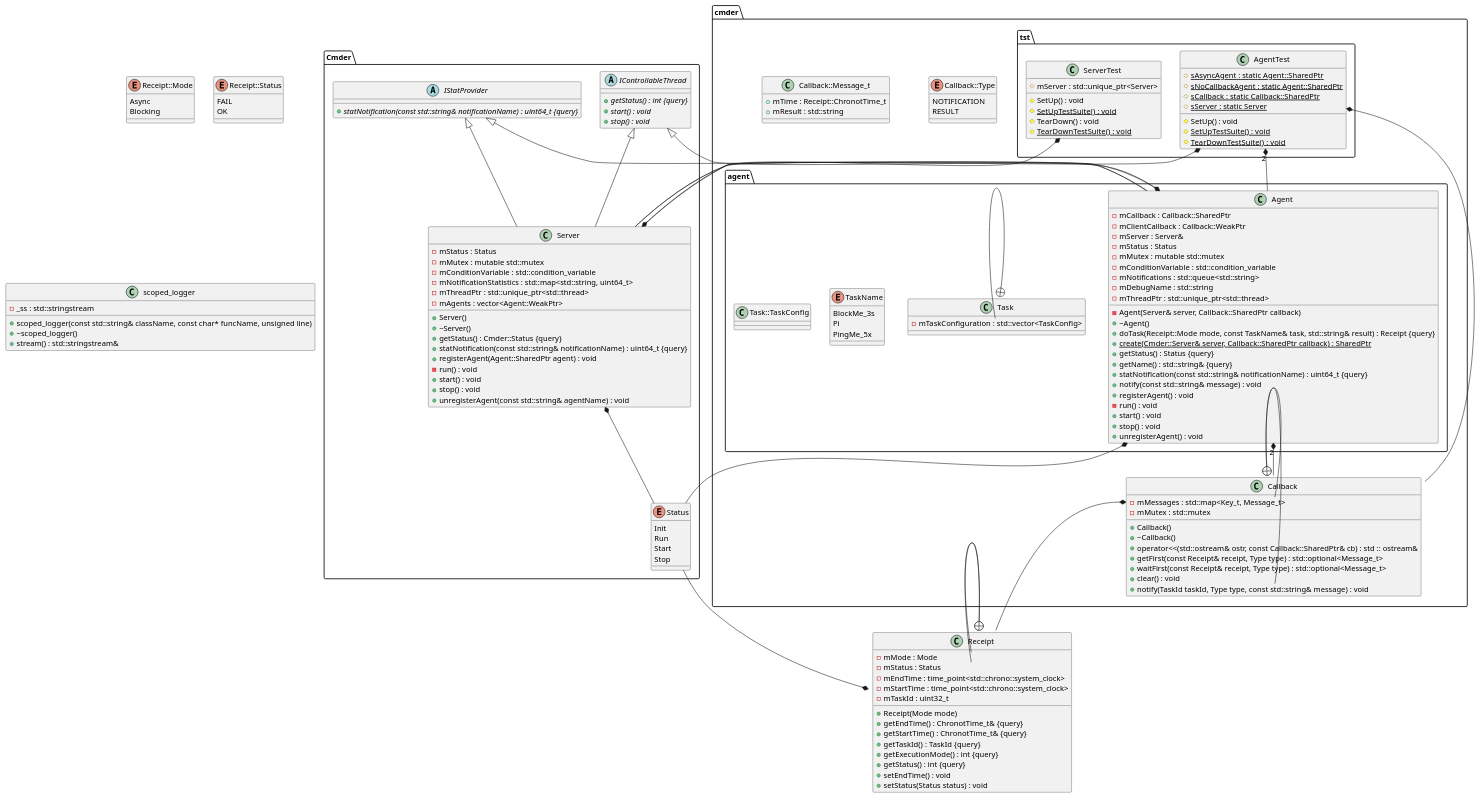
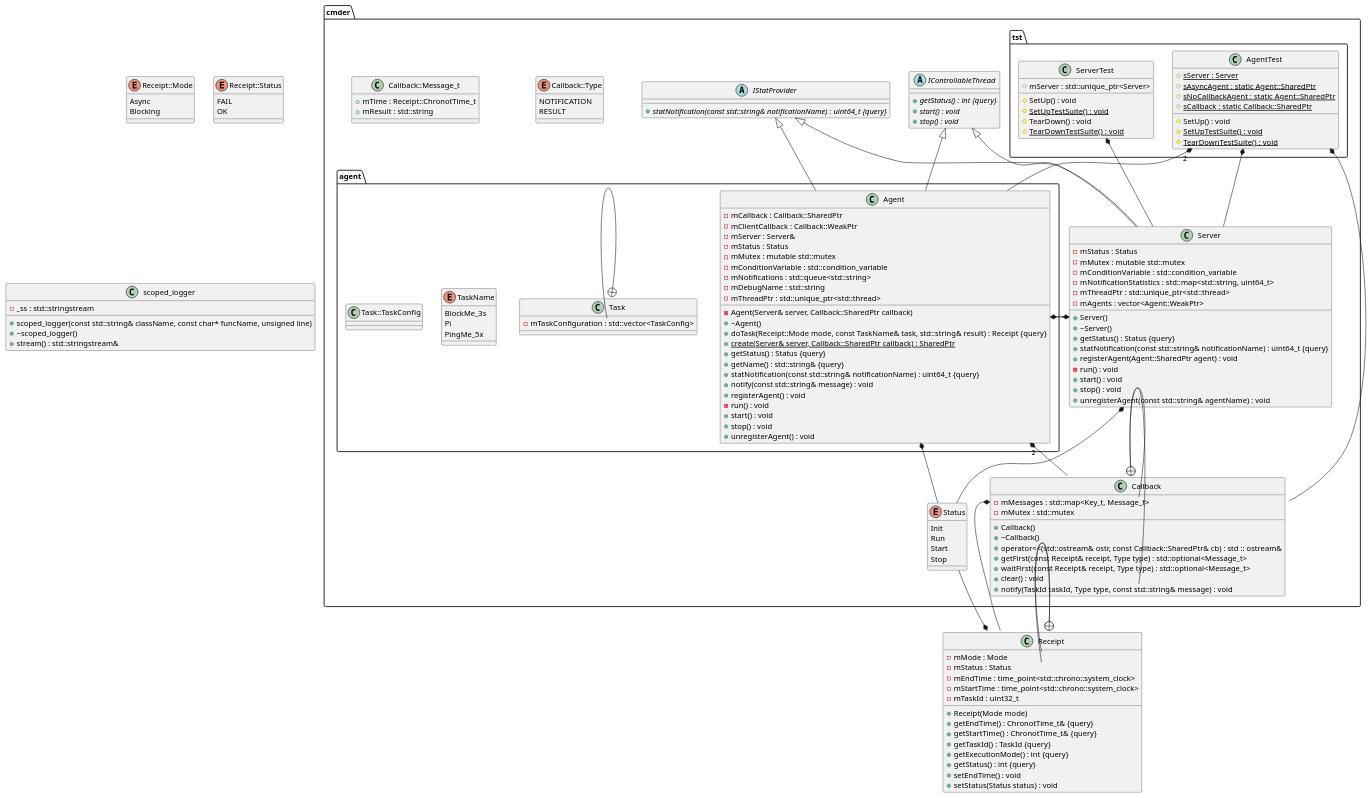
One commit to h6wk/Cmder changed the diagram in diagrams/classdiagram.puml. Above: the diagram before and after it, drawn with PlantUML. The commit also changed 14 other files, not shown here.

```diff
--- a/diagrams/classdiagram.puml
+++ b/diagrams/classdiagram.puml
@@ -56,9 +56,44 @@
 		+notify(TaskId taskId, Type type, const std::string& message) : void
 	}
 
+	abstract class IControllableThread {
+		+{abstract} getStatus() : int {query}
+		+{abstract} start() : void
+		+{abstract} stop() : void
+	}
+
+	abstract class IStatProvider {
+		+{abstract} statNotification(const std::string& notificationName) : uint64_t {query}
+	}
+
+	class Server {
+		+Server()
+		+~Server()
+		+getStatus() : Status {query}
+		-mStatus : Status
+		-mMutex : mutable std::mutex
+		-mConditionVariable : std::condition_variable
+		-mNotificationStatistics : std::map<std::string, uint64_t>
+		-mThreadPtr : std::unique_ptr<std::thread>
+		+statNotification(const std::string& notificationName) : uint64_t {query}
+		-mAgents : vector<Agent::WeakPtr>
+		+registerAgent(Agent::SharedPtr agent) : void
+		-run() : void
+		+start() : void
+		+stop() : void
+		+unregisterAgent(const std::string& agentName) : void
+	}
+
 	enum Callback::Type {
 		NOTIFICATION
 		RESULT
+	}
+
+	enum Status {
+		Init
+		Run
+		Start
+		Stop
 	}
 
 	class Callback::Message_t {
@@ -68,10 +103,10 @@
 
 	namespace tst {
 		class AgentTest {
+			#{static} sServer : Server
 			#{static} sAsyncAgent : static Agent::SharedPtr
 			#{static} sNoCallbackAgent : static Agent::SharedPtr
 			#{static} sCallback : static Callback::SharedPtr
-			#{static} sServer : static Server
 			#SetUp() : void
 			#{static} SetUpTestSuite() : void
 			#{static} TearDownTestSuite() : void
@@ -94,7 +129,7 @@
 			-mClientCallback : Callback::WeakPtr
 			+doTask(Receipt::Mode mode, const TaskName& task, std::string& result) : Receipt {query}
 			-mServer : Server&
-			+{static} create(Cmder::Server& server, Callback::SharedPtr callback) : SharedPtr
+			+{static} create(Server& server, Callback::SharedPtr callback) : SharedPtr
 			+getStatus() : Status {query}
 			-mStatus : Status
 			-mMutex : mutable std::mutex
@@ -128,59 +163,21 @@
 }
 
 
-namespace Cmder {
-	abstract class IControllableThread {
-		+{abstract} getStatus() : int {query}
-		+{abstract} start() : void
-		+{abstract} stop() : void
-	}
-
-	abstract class IStatProvider {
-		+{abstract} statNotification(const std::string& notificationName) : uint64_t {query}
-	}
-
-	class Server {
-		+Server()
-		+~Server()
-		+getStatus() : Cmder::Status {query}
-		-mStatus : Status
-		-mMutex : mutable std::mutex
-		-mConditionVariable : std::condition_variable
-		-mNotificationStatistics : std::map<std::string, uint64_t>
-		-mThreadPtr : std::unique_ptr<std::thread>
-		+statNotification(const std::string& notificationName) : uint64_t {query}
-		-mAgents : vector<Agent::WeakPtr>
-		+registerAgent(Agent::SharedPtr agent) : void
-		-run() : void
-		+start() : void
-		+stop() : void
-		+unregisterAgent(const std::string& agentName) : void
-	}
-
-	enum Status {
-		Init
-		Run
-		Start
-		Stop
-	}
-}
-
-
 
 
 
 /' Inheritance relationships '/
 
-Cmder.IControllableThread <|-- cmder.agent.Agent
+cmder.IControllableThread <|-- cmder.agent.Agent
 
 
-Cmder.IControllableThread <|-- Cmder.Server
+cmder.IControllableThread <|-- cmder.Server
 
 
-Cmder.IStatProvider <|-- cmder.agent.Agent
+cmder.IStatProvider <|-- cmder.agent.Agent
 
 
-Cmder.IStatProvider <|-- Cmder.Server
+cmder.IStatProvider <|-- cmder.Server
 
 
 
@@ -191,10 +188,10 @@
 cmder.agent.Agent "2" *-- cmder.Callback
 
 
-cmder.agent.Agent *-- Cmder.Server
+cmder.agent.Agent *-- cmder.Server
 
 
-cmder.agent.Agent *-- Cmder.Status
+cmder.agent.Agent *-- cmder.Status
 
 
 cmder.tst.AgentTest "2" *-- cmder.agent.Agent
@@ -203,22 +200,22 @@
 cmder.tst.AgentTest *-- cmder.Callback
 
 
-cmder.tst.AgentTest *-- Cmder.Server
+cmder.tst.AgentTest *-- cmder.Server
 
 
 cmder.Callback::Message_t *-- .Receipt
 
 
-.Receipt *-- Cmder.Status
+.Receipt *-- cmder.Status
 
 
-Cmder.Server *-- cmder.agent.Agent
+cmder.Server *-- cmder.agent.Agent
 
 
-Cmder.Server *-- Cmder.Status
+cmder.Server *-- cmder.Status
 
 
-cmder.tst.ServerTest *-- Cmder.Server
+cmder.tst.ServerTest *-- cmder.Server
 
 
 
```
